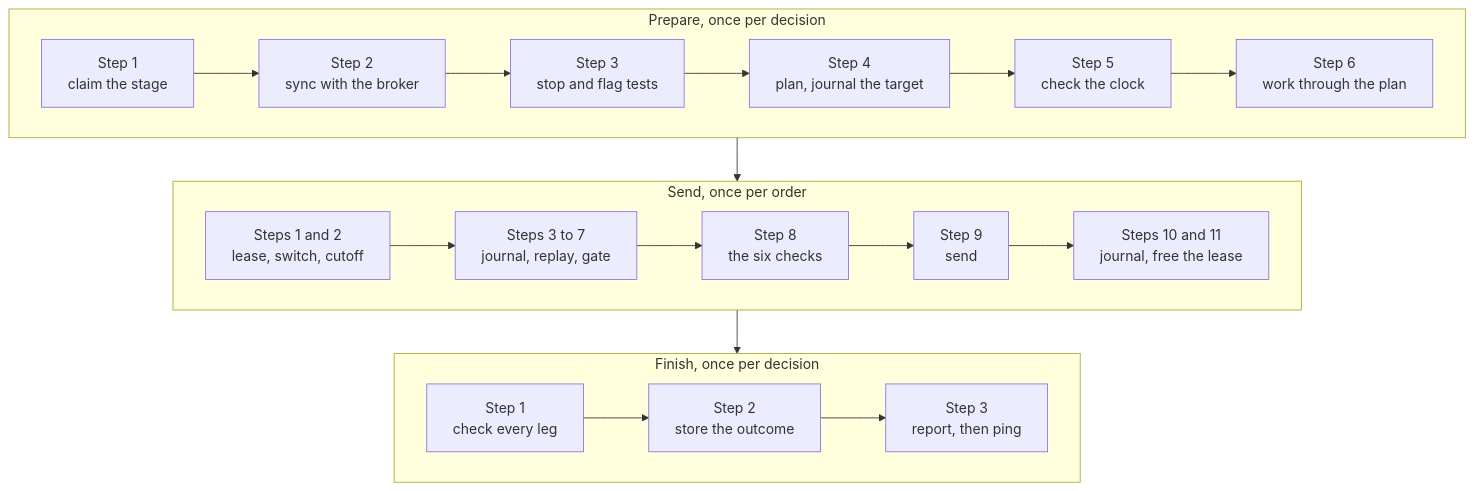
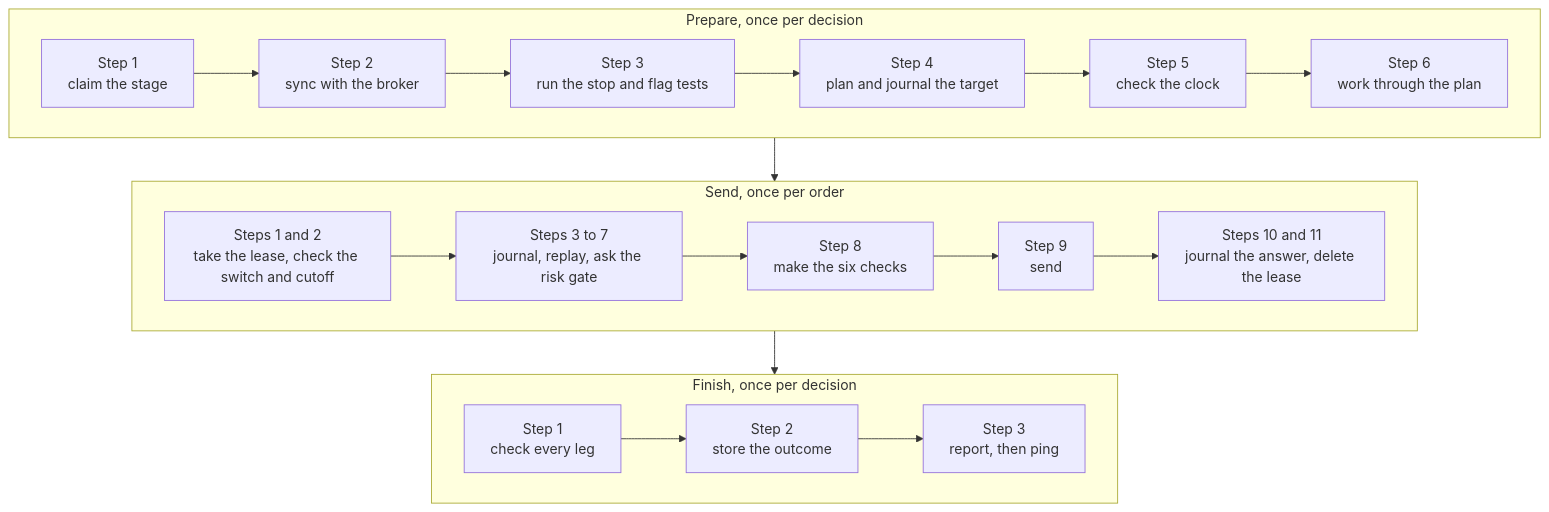
Before and after one commit to l3a0/ithildin-runtime: diagram 19 of 35 in docs/architecture.md, drawn with Mermaid. The commit also changed other lines of this file and 2 other files, not shown here.

First line of the commit message:
docs: restyle the words in the Mermaid diagrams

````diff
--- a/docs/architecture.md
+++ b/docs/architecture.md
@@ -1062,17 +1062,17 @@
 ```mermaid
 flowchart TB
     subgraph prepare["Prepare, once per decision"]
         direction LR
-        a1["Step 1<br/>claim the stage"] --> a2["Step 2<br/>sync with the broker"] --> a3["Step 3<br/>stop and flag tests"] --> a4["Step 4<br/>plan, journal the target"] --> a5["Step 5<br/>check the clock"] --> a6["Step 6<br/>work through the plan"]
+        a1["Step 1<br/>claim the stage"] --> a2["Step 2<br/>sync with the broker"] --> a3["Step 3<br/>run the stop and flag tests"] --> a4["Step 4<br/>plan and journal the target"] --> a5["Step 5<br/>check the clock"] --> a6["Step 6<br/>work through the plan"]
     end
     subgraph each["Send, once per order"]
         direction LR
-        b1["Steps 1 and 2<br/>lease, switch, cutoff"] --> b2["Steps 3 to 7<br/>journal, replay, gate"] --> b3["Step 8<br/>the six checks"] --> b4["Step 9<br/>send"] --> b5["Steps 10 and 11<br/>journal, free the lease"]
+        b1["Steps 1 and 2<br/>take the lease, check the switch and cutoff"] --> b2["Steps 3 to 7<br/>journal, replay, ask the risk gate"] --> b3["Step 8<br/>make the six checks"] --> b4["Step 9<br/>send"] --> b5["Steps 10 and 11<br/>journal the answer, delete the lease"]
     end
     subgraph finish["Finish, once per decision"]
         direction LR
         c1["Step 1<br/>check every leg"] --> c2["Step 2<br/>store the outcome"] --> c3["Step 3<br/>report, then ping"]
     end
     prepare --> each
     each --> finish
 ```
````
